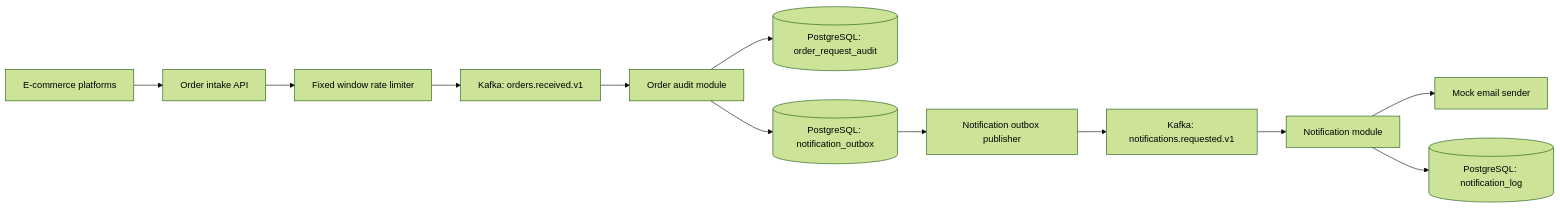
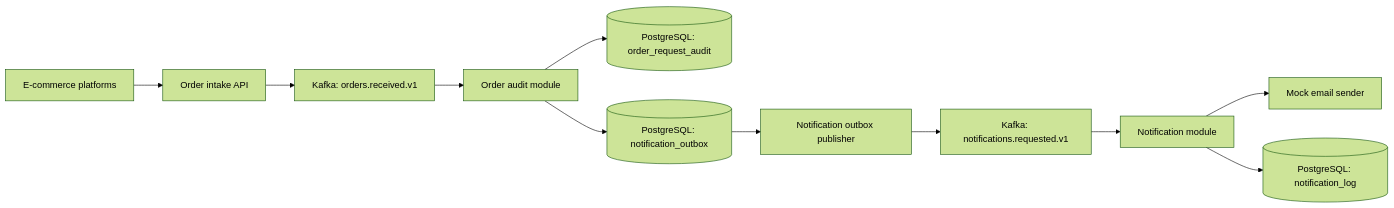
Before and after one commit to brogowskii/order-notification-service: the diagram in README.md, drawn with Mermaid (forest theme). The commit also changed other lines of this file and 16 other files, not shown here.

````diff
--- a/README.md
+++ b/README.md
@@ -11,17 +11,16 @@
 ```mermaid
 flowchart LR
     Client["E-commerce platforms"] --> Api["Order intake API"]
-    Api --> RateLimit["Fixed window rate limiter"]
-    RateLimit --> OrdersTopic["Kafka: orders.received.v1"]
+    Api --> OrdersTopic["Kafka: orders.received.v1"]
 
     OrdersTopic --> Audit["Order audit module"]
     Audit --> AuditDb[("PostgreSQL: order_request_audit")]
     Audit --> Outbox[("PostgreSQL: notification_outbox")]
 
     Outbox --> OutboxTask["Notification outbox publisher"]
     OutboxTask --> NotificationsTopic["Kafka: notifications.requested.v1"]
 
     NotificationsTopic --> Notification["Notification module"]
     Notification --> MockEmail["Mock email sender"]
     Notification --> NotificationDb[("PostgreSQL: notification_log")]
 ```
````
